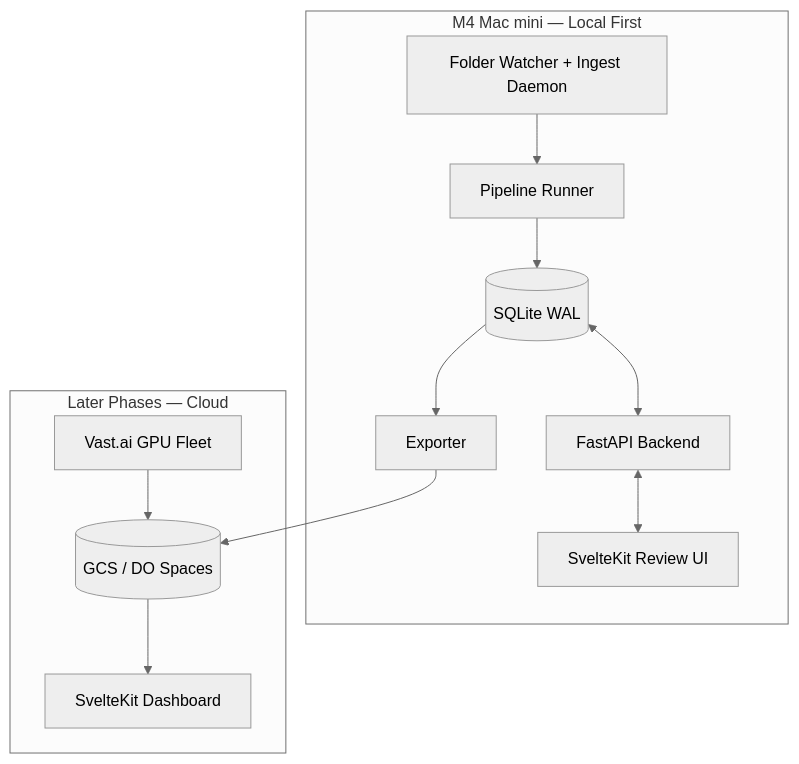
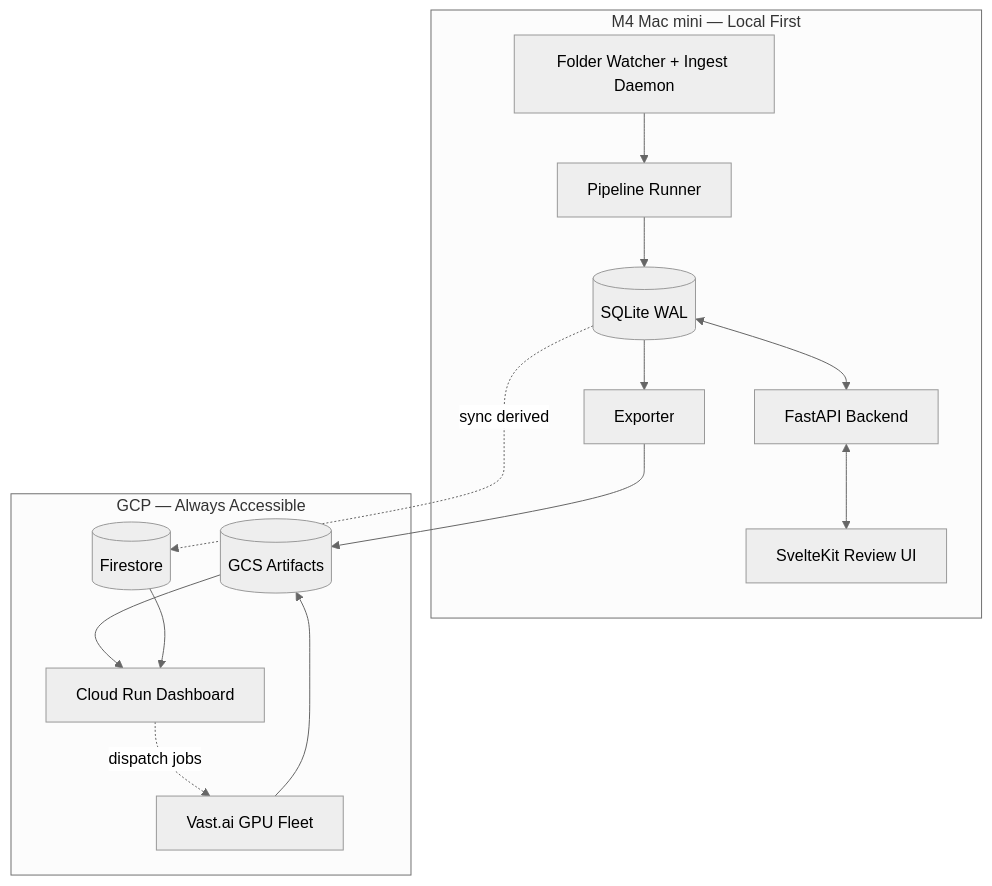
The second of 4 diagrams in README.md (ParkWardRR/CurbScout), drawn with Mermaid (neutral theme) before and after one commit. The commit also changed other lines of this file and 2 other files, not shown here.

First line of the commit message:
Migrate to GCP-hosted dashboard architecture

````diff
--- a/README.md
+++ b/README.md
@@ -91,25 +93,29 @@
 ```mermaid
 flowchart TB
     subgraph Local["M4 Mac mini — Local First"]
         W["Folder Watcher + Ingest Daemon"]
         P["Pipeline Runner"]
         DB[("SQLite WAL")]
         API["FastAPI Backend"]
         UI["SvelteKit Review UI"]
         EX["Exporter"]
         W --> P --> DB
         DB <--> API
         API <--> UI
         DB --> EX
     end
 
-    subgraph Cloud["Later Phases — Cloud"]
-        OBJ[("GCS / DO Spaces")]
-        WEB["SvelteKit Dashboard"]
+    subgraph Cloud["GCP — Always Accessible"]
+        FS[("Firestore")]
+        GCS[("GCS Artifacts")]
+        CR["Cloud Run Dashboard"]
         GPU["Vast.ai GPU Fleet"]
     end
 
-    EX --> OBJ
-    OBJ --> WEB
-    GPU --> OBJ
+    EX --> GCS
+    DB -.->|"sync derived"| FS
+    GCS --> CR
+    FS --> CR
+    CR -.->|"dispatch jobs"| GPU
+    GPU --> GCS
 ```
````
